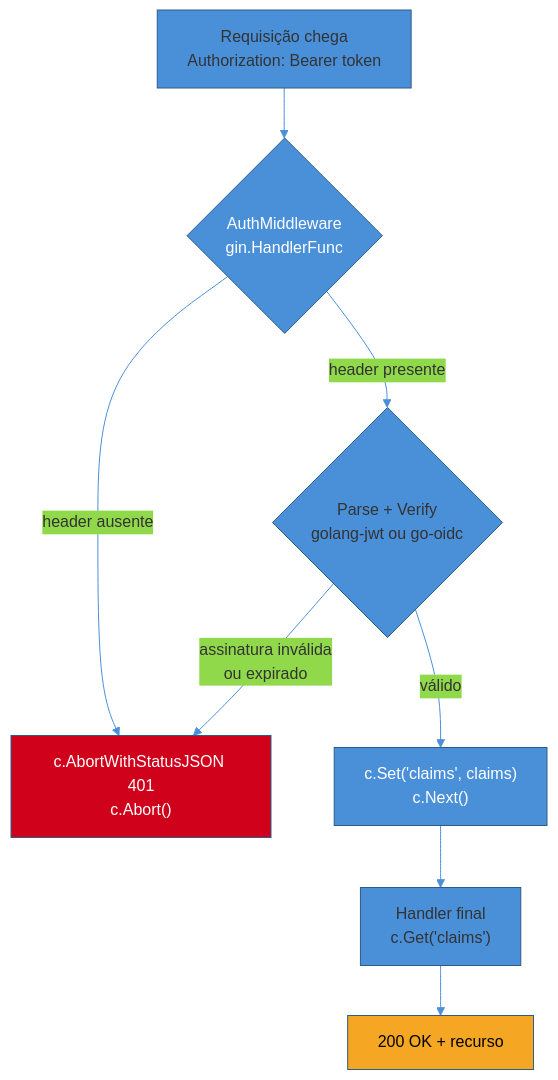
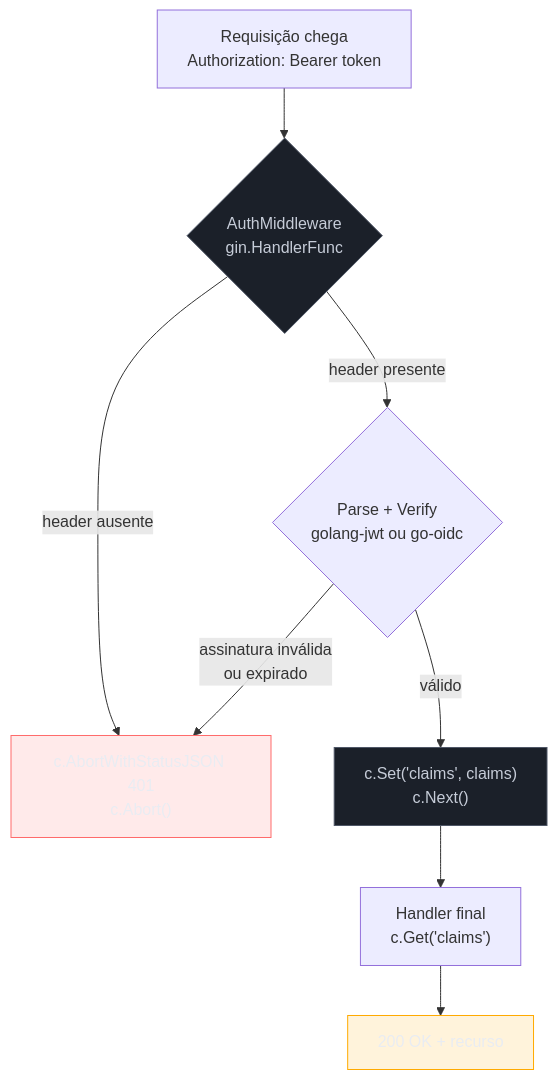
One commit to josenaldo/codex-technomanticus changed the second of 3 diagrams in 03-Dominios/Engenharia/Auth e Identidade/4 - Auth nos stacks/06 - Go — Gin.md. Above: the diagram before and after it, drawn with Mermaid. The commit also changed other lines of this file and 1181 other files, not shown here.

First line of the commit message:
fix(diagramas): paleta do sistema no lugar de cor cravada no markdown

````diff
--- a/03-Dominios/Engenharia/Auth e Identidade/4 - Auth nos stacks/06 - Go — Gin.md
+++ b/03-Dominios/Engenharia/Auth e Identidade/4 - Auth nos stacks/06 - Go — Gin.md
@@ -92,16 +93,18 @@
 ```mermaid
-%%{init: {"theme": "base", "themeVariables": {"primaryColor": "#4A90D9", "primaryBorderColor": "#2E5C8A", "lineColor": "#4A90D9"}}}%%
 graph TD
+    classDef neutro fill:#1B2029,stroke:#4E5666,color:#C6CCD8
+    classDef falha fill:#FF6B6B24,stroke:#FF6B6B,color:#E9ECF2
+    classDef destaque fill:#FFAA0024,stroke:#FFAA00,color:#E9ECF2
     A["Requisição chega<br/>Authorization: Bearer token"] --> B{"AuthMiddleware<br/>gin.HandlerFunc"}
     B -->|"header ausente"| C["c.AbortWithStatusJSON 401<br/>c.Abort()"]
     B -->|"header presente"| D{"Parse + Verify<br/>golang-jwt ou go-oidc"}
     D -->|"assinatura inválida<br/>ou expirado"| C
     D -->|"válido"| E["c.Set('claims', claims)<br/>c.Next()"]
     E --> F["Handler final<br/>c.Get('claims')"]
     F --> G["200 OK + recurso"]
 
-    style B fill:#4A90D9,color:#fff
-    style C fill:#D0021B,color:#fff
-    style E fill:#4A90D9,color:#fff
-    style G fill:#F5A623,color:#000
+    class B neutro
+    class C falha
+    class E neutro
+    class G destaque
 ```
````
